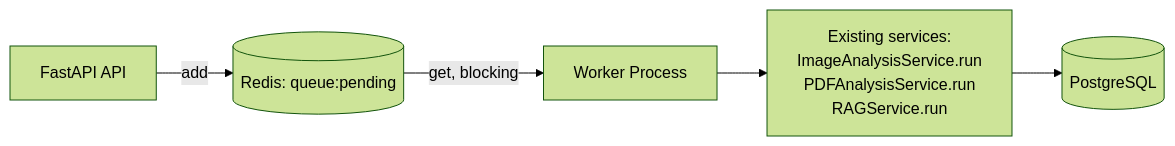
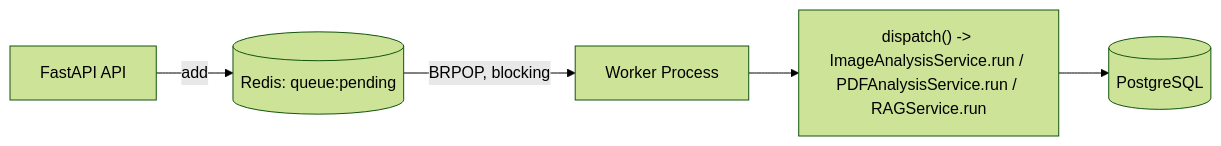
One commit to theruderaw/medgemma-inference-server changed the third of 3 diagrams in README.md. Above: the diagram before and after it, drawn with Mermaid (forest theme). The commit also changed other lines of this file, not shown here.

````diff
--- a/README.md
+++ b/README.md
@@ -466,7 +339,7 @@
 ```mermaid
 flowchart LR
-    API[FastAPI API] -->|add| Q[(Redis: queue:pending)]
-    Q -->|get, blocking| W[Worker Process]
-    W --> S[Existing services:<br/>ImageAnalysisService.run<br/>PDFAnalysisService.run<br/>RAGService.run]
+    API[FastAPI API] -->|add| Q[("Redis: queue:pending")]
+    Q -->|BRPOP, blocking| W[Worker Process]
+    W --> S["dispatch() -> ImageAnalysisService.run / PDFAnalysisService.run / RAGService.run"]
     S --> DB[(PostgreSQL)]
 ```
````
